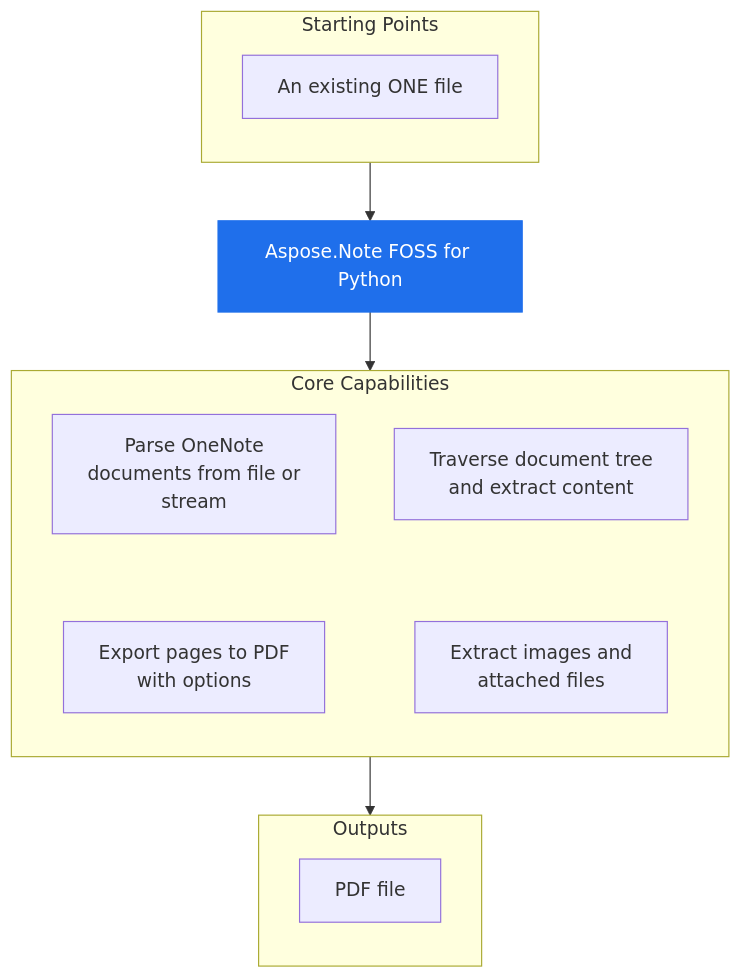
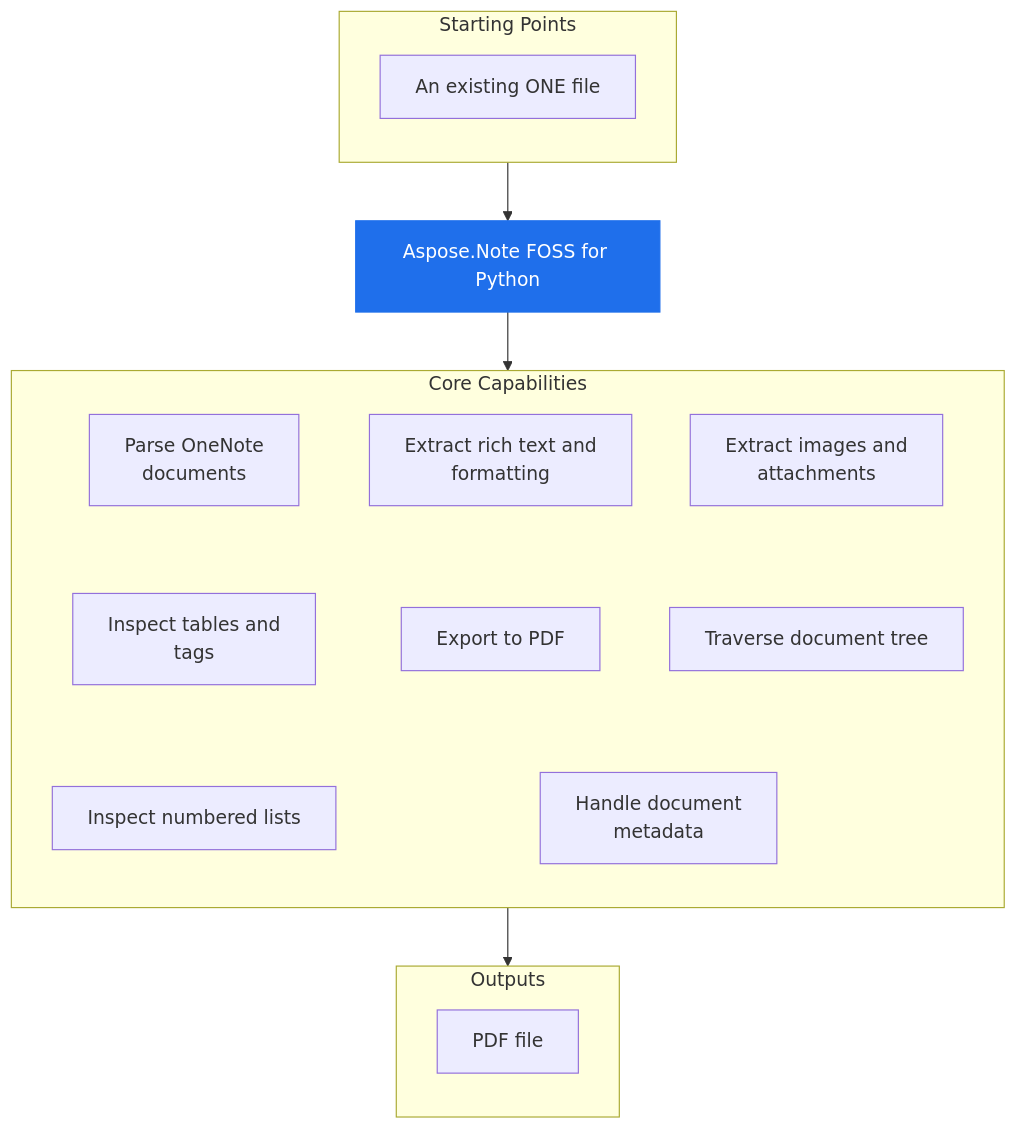
One commit to babar-raza/repo-presenter changed the diagram in 0fd1cf7bcadb279a6dd73ddcba3d5241376badd3/README.md. Above: the diagram before and after it, drawn with Mermaid. The commit also changed other lines of this file and 11 other files, not shown here.

````diff
--- a/0fd1cf7bcadb279a6dd73ddcba3d5241376badd3/README.md
+++ b/0fd1cf7bcadb279a6dd73ddcba3d5241376badd3/README.md
@@ -26,24 +26,32 @@
 ```mermaid
 flowchart TB
   subgraph StartingPoints["Starting Points"]
     direction TB
     i1["An existing ONE file"]
   end
   PRODUCT["Aspose.Note FOSS for Python"]
   subgraph Capabilities["Core Capabilities"]
     direction TB
-    c1["Parse OneNote<br/>documents from file or<br/>stream"]
-    c2["Traverse document tree<br/>and extract content"]
-    c3["Export pages to PDF<br/>with options"]
-    c4["Extract images and<br/>attached files"]
-    c1 ~~~ c3
-    c2 ~~~ c4
+    c1["Parse OneNote<br/>documents"]
+    c2["Extract rich text and<br/>formatting"]
+    c3["Extract images and<br/>attachments"]
+    c4["Inspect tables and<br/>tags"]
+    c5["Export to PDF"]
+    c6["Traverse document tree"]
+    c7["Inspect numbered lists"]
+    c8["Handle document<br/>metadata"]
+    c1 ~~~ c4
+    c2 ~~~ c5
+    c3 ~~~ c6
+    c4 ~~~ c7
+    c5 ~~~ c8
+    c6 ~~~ c8
   end
   subgraph Outputs["Outputs"]
     direction TB
     o1["PDF file"]
   end
   StartingPoints --> PRODUCT --> Capabilities --> Outputs
   classDef product fill:#1f6feb,stroke:#1f6feb,color:#ffffff
   class PRODUCT product
 ```
````
